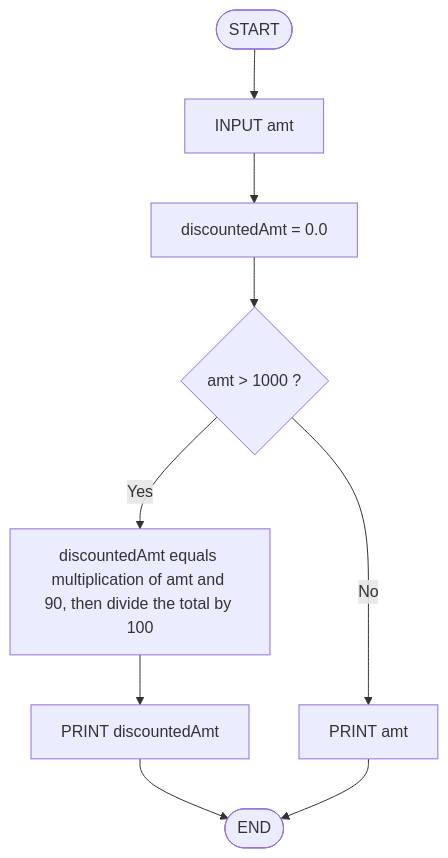
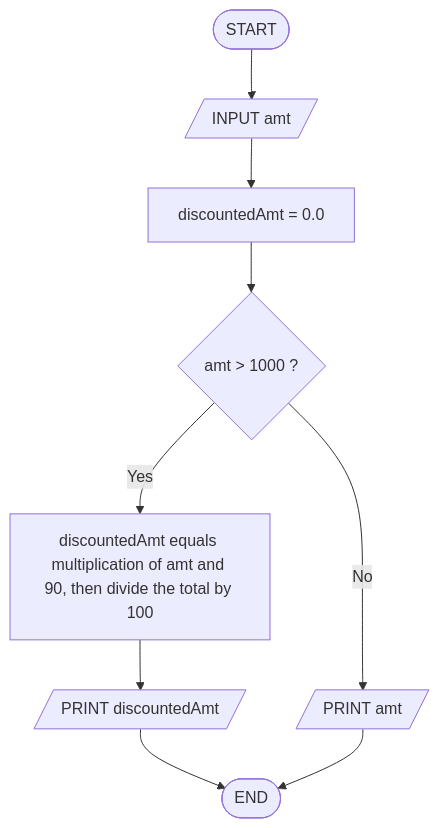
Before and after one commit to SangeethaNachimuthu/pseudocode-flowchart-workshop: the diagram in Exercise 10/DiscountOnpurchase.md, drawn with Mermaid. The commit also changed 10 other files, not shown here.

````diff
--- a/Exercise 10/DiscountOnpurchase.md
+++ b/Exercise 10/DiscountOnpurchase.md
@@ -1,11 +1,11 @@
 ```mermaid
 flowchart TD
-    A([START]) --> B[INPUT amt]
+    A([START]) --> B[/INPUT amt/]
     B --> C[discountedAmt = 0.0]
     C --> D{amt > 1000 ?}
     D --> |Yes| E[discountedAmt equals multiplication of amt and 90, then divide the total by 100]
-    E --> F[PRINT discountedAmt]
-    D --> |No| G[PRINT amt]
+    E --> F[/PRINT discountedAmt/]
+    D --> |No| G[/PRINT amt/]
     F --> H([END])
     G --> H([END])
 ```
````
